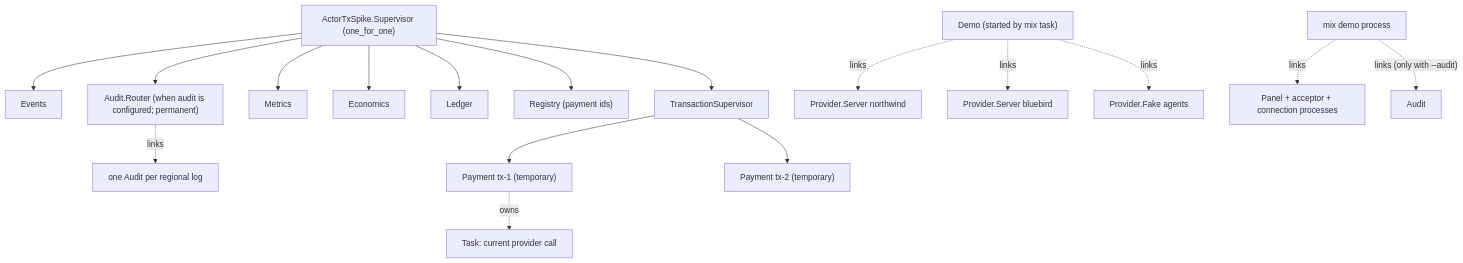
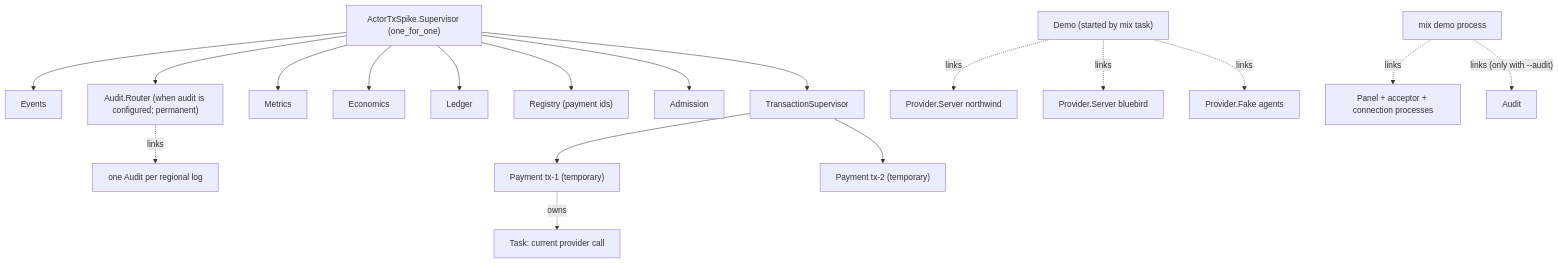
One commit to robbrown-net/actor-tx-spike changed the second of 3 diagrams in docs/architecture/05-system-structure.md. Above: the diagram before and after it, drawn with Mermaid. The commit also changed other lines of this file and 44 other files, not shown here.

````diff
--- a/docs/architecture/05-system-structure.md
+++ b/docs/architecture/05-system-structure.md
@@ -114,22 +118,23 @@
 ```mermaid
 flowchart TD
     APP["ActorTxSpike.Supervisor (one_for_one)"]
     APP --> EVS["Events"]
     APP --> RTR["Audit.Router (when audit is configured; permanent)"]
     RTR -. links .-> LOGS["one Audit per regional log"]
     APP --> MET["Metrics"]
     APP --> ECON["Economics"]
     APP --> LED["Ledger"]
     APP --> REG["Registry (payment ids)"]
+    APP --> ADMN["Admission"]
     APP --> TSUP["TransactionSupervisor"]
     TSUP --> P1["Payment tx-1 (temporary)"]
     TSUP --> P2["Payment tx-2 (temporary)"]
     P1 -. owns .-> T1["Task: current provider call"]
 
     DEMO["Demo (started by mix task)"]
     DEMO -. links .-> PS1["Provider.Server northwind"]
     DEMO -. links .-> PS2["Provider.Server bluebird"]
     DEMO -. links .-> F1["Provider.Fake agents"]
     MT["mix demo process"] -. links .-> PANEL["Panel + acceptor + connection processes"]
     MT -. "links (only with --audit)" .-> AUDIT["Audit"]
 ```
````
